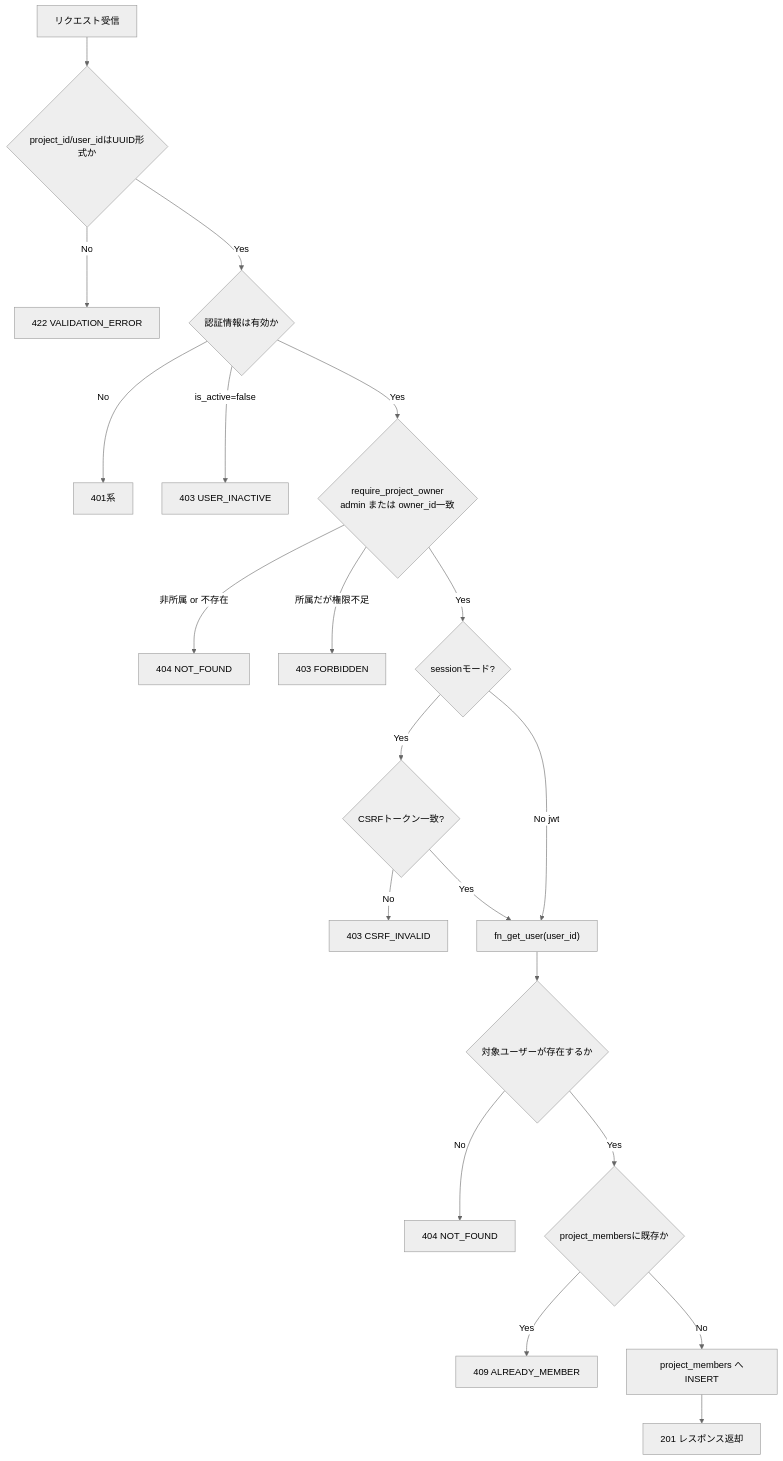
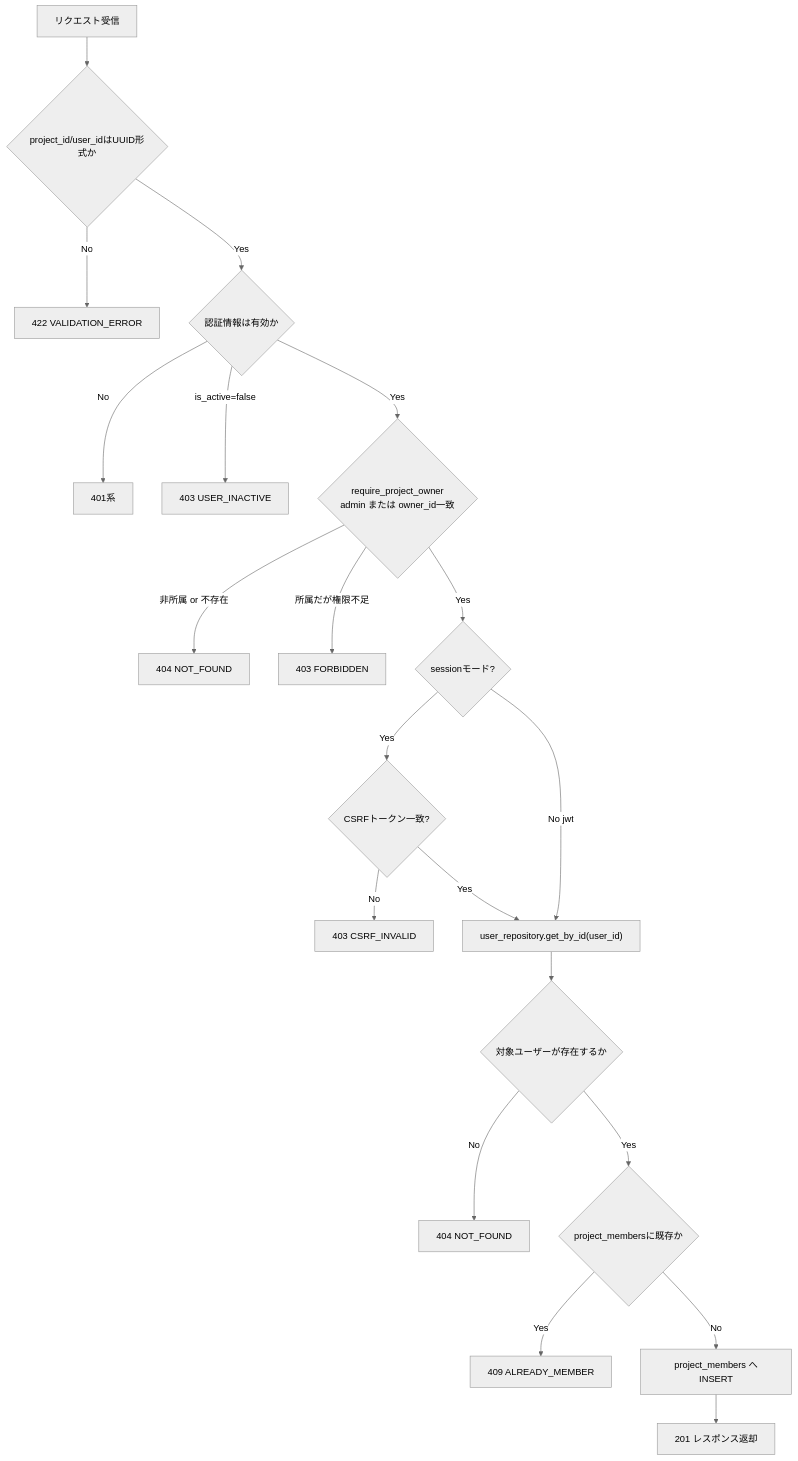
One commit to oikawa-d/task_management changed the second of 4 diagrams in docs/detailed_design/api/projects/07_post_project_members.md. Above: the diagram before and after it, drawn with Mermaid (neutral theme). The commit also changed other lines of this file and 4 other files, not shown here.

````diff
--- a/docs/detailed_design/api/projects/07_post_project_members.md
+++ b/docs/detailed_design/api/projects/07_post_project_members.md
@@ -150,22 +155,22 @@
 ```mermaid
 flowchart TB
     A["リクエスト受信"] --> B{"project_id/user_idはUUID形式か"}
     B -->|No| E1["422 VALIDATION_ERROR"]
     B -->|Yes| C{"認証情報は有効か"}
     C -->|No| E2["401系"]
     C -->|is_active=false| E3["403 USER_INACTIVE"]
     C -->|Yes| D{"require_project_owner<br/>admin または owner_id一致"}
     D -->|非所属 or 不存在| E4["404 NOT_FOUND"]
     D -->|所属だが権限不足| E5["403 FORBIDDEN"]
     D -->|Yes| CS{"sessionモード?"}
     CS -->|Yes| CV{"CSRFトークン一致?"}
     CV -->|No| E6["403 CSRF_INVALID"]
     CV -->|Yes| F
-    CS -->|No jwt| F["fn_get_user(user_id)"]
+    CS -->|No jwt| F["user_repository.get_by_id(user_id)"]
     F --> G{"対象ユーザーが存在するか"}
     G -->|No| E7["404 NOT_FOUND"]
     G -->|Yes| H{"project_membersに既存か"}
     H -->|Yes| E8["409 ALREADY_MEMBER"]
     H -->|No| I["project_members へINSERT"]
     I --> J["201 レスポンス返却"]
 ```
````
